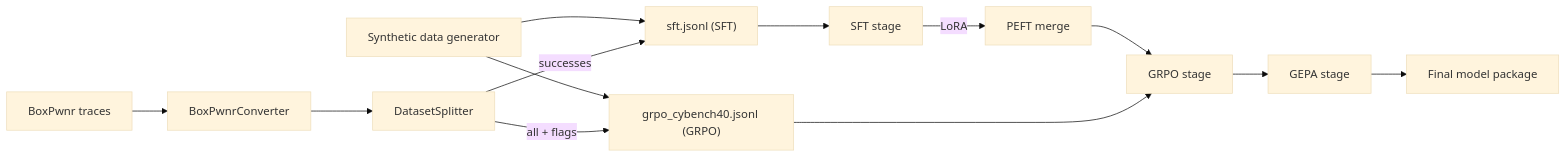
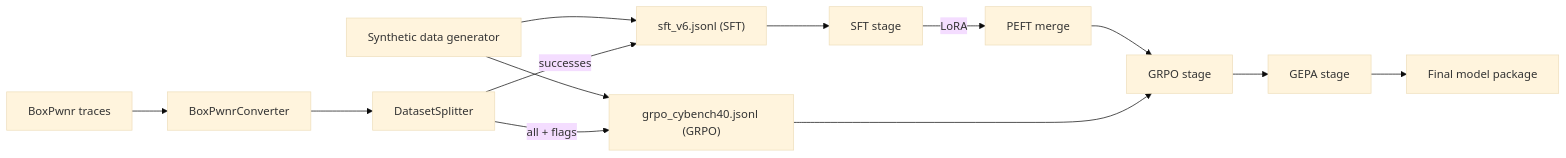
One commit to westonbrown/open-ctf-env changed the second of 4 diagrams in docs/architecture.md. Above: the diagram before and after it, drawn with Mermaid (base theme). The commit also changed 10 other files, not shown here.

Commit message:
docs: polish mentions of sft_v6.jsonl and unify sft modules

````diff
--- a/docs/architecture.md
+++ b/docs/architecture.md
@@ -95,15 +95,15 @@
 ```mermaid
 flowchart LR
     boxpwnr["BoxPwnr traces"] --> converter["BoxPwnrConverter"]
     synth["Synthetic data generator"] --> sft
     synth --> grpo
     converter --> splitter["DatasetSplitter"]
-    splitter -->|"successes"| sft["sft.jsonl (SFT)"]
+    splitter -->|"successes"| sft["sft_v6.jsonl (SFT)"]
     splitter -->|"all + flags"| grpo["grpo_cybench40.jsonl (GRPO)"]
     sft --> sft_stage["SFT stage"]
     sft_stage -->|"LoRA"| merge["PEFT merge"]
     merge --> skyrl["GRPO stage"]
     grpo --> skyrl
     skyrl --> gepa["GEPA stage"]
     gepa --> final["Final model package"]
 ```
````
